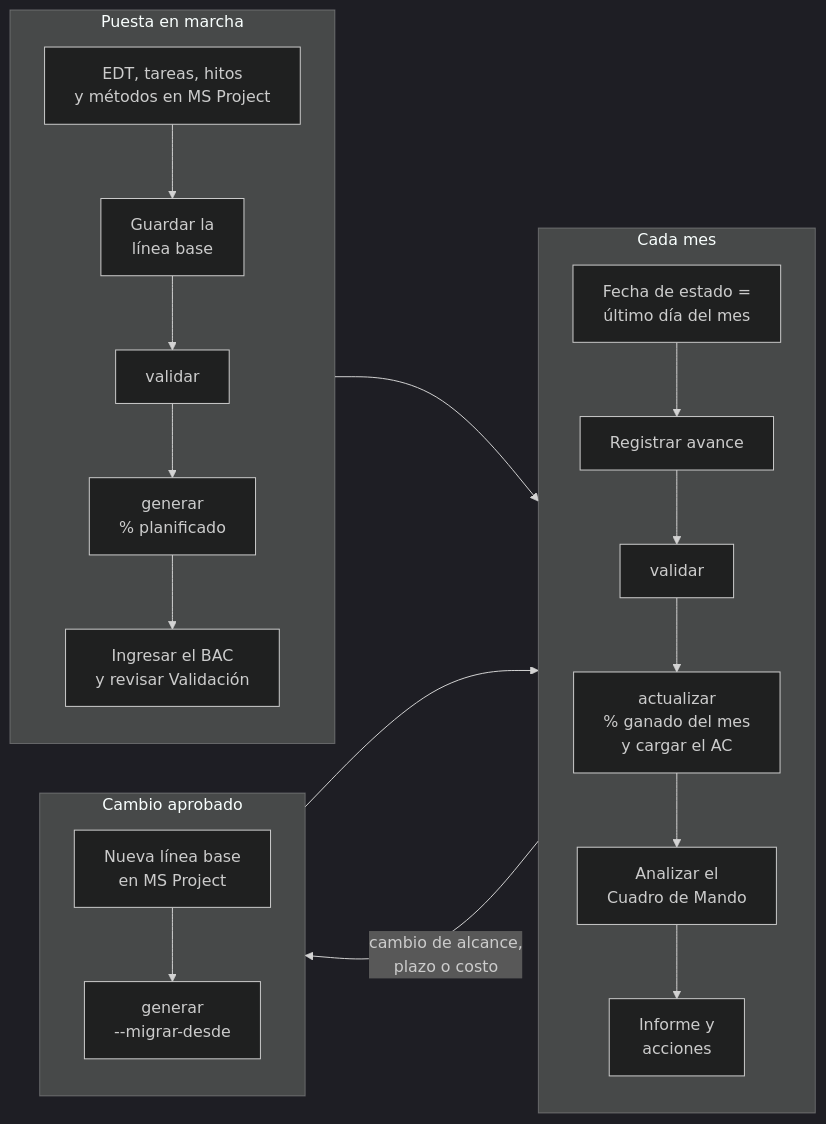
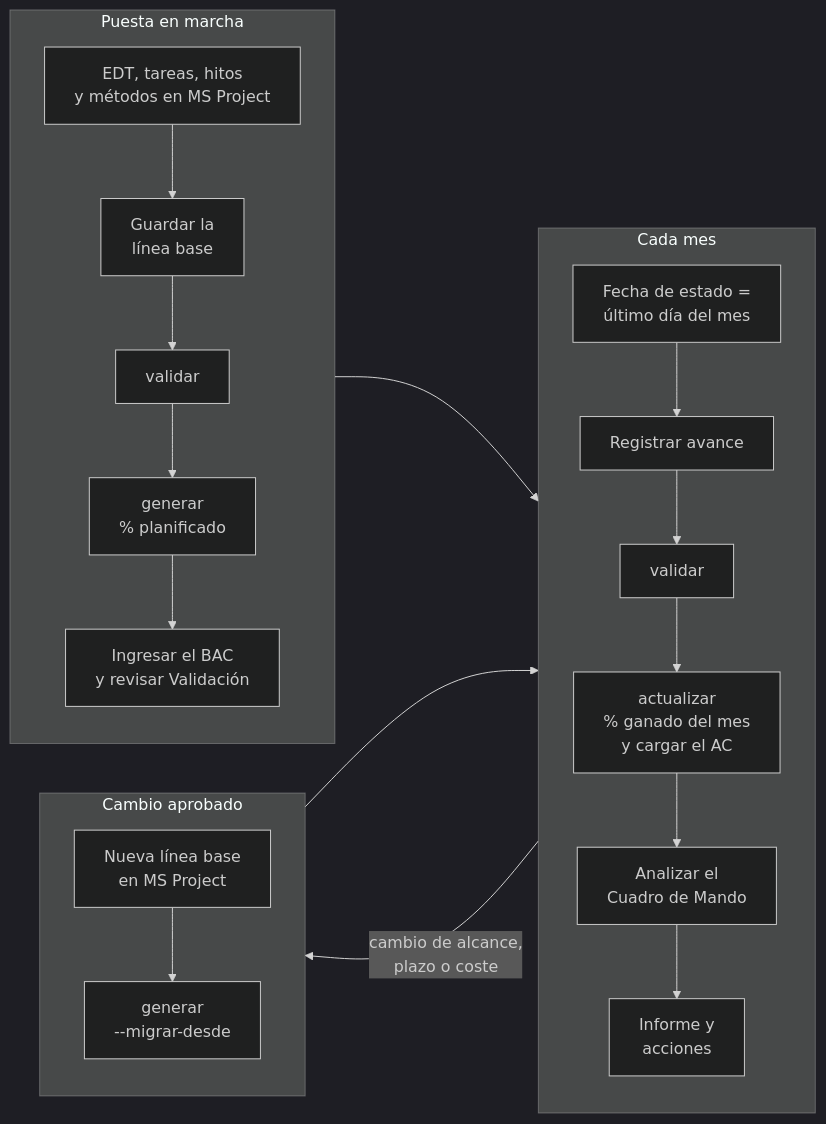
Before and after one commit to MarceloSalazar/evm-automation: the first of 4 diagrams in docs/proceso-reporte-evm.md, drawn with Mermaid (dark theme). The commit also changed other lines of this file and 76 other files, not shown here.

````diff
--- a/docs/proceso-reporte-evm.md
+++ b/docs/proceso-reporte-evm.md
@@ -26,25 +26,25 @@
 ```mermaid
 flowchart LR
     subgraph INI["Puesta en marcha"]
         direction TB
         A1["EDT, tareas, hitos<br/>y métodos en MS Project"] --> A2["Guardar la<br/>línea base"]
         A2 --> AV["validar"]
         AV --> A3["generar<br/>% planificado"]
         A3 --> A4["Ingresar el BAC<br/>y revisar Validación"]
     end
     subgraph MES["Cada mes"]
         direction TB
         B1["Fecha de estado =<br/>último día del mes"] --> B2["Registrar avance"]
         B2 --> BV["validar"]
         BV --> B3["actualizar<br/>% ganado del mes<br/>y cargar el AC"]
         B3 --> B4["Analizar el<br/>Cuadro de Mando"]
         B4 --> B5["Informe y<br/>acciones"]
     end
     subgraph CAMBIO["Cambio aprobado"]
         direction TB
         C1["Nueva línea base<br/>en MS Project"] --> C2["generar<br/>--migrar-desde"]
     end
     INI --> MES
-    MES -- "cambio de alcance,<br/>plazo o costo" --> CAMBIO
+    MES -- "cambio de alcance,<br/>plazo o coste" --> CAMBIO
     CAMBIO --> MES
 ```
````
